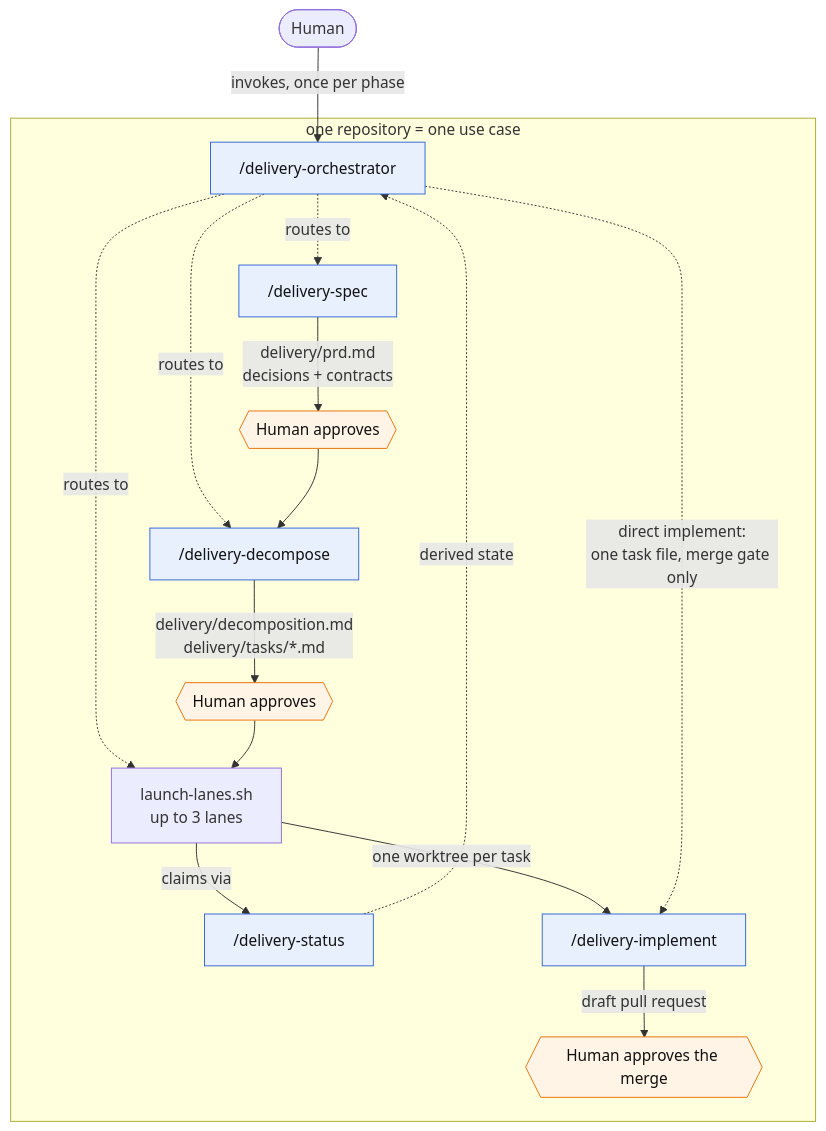
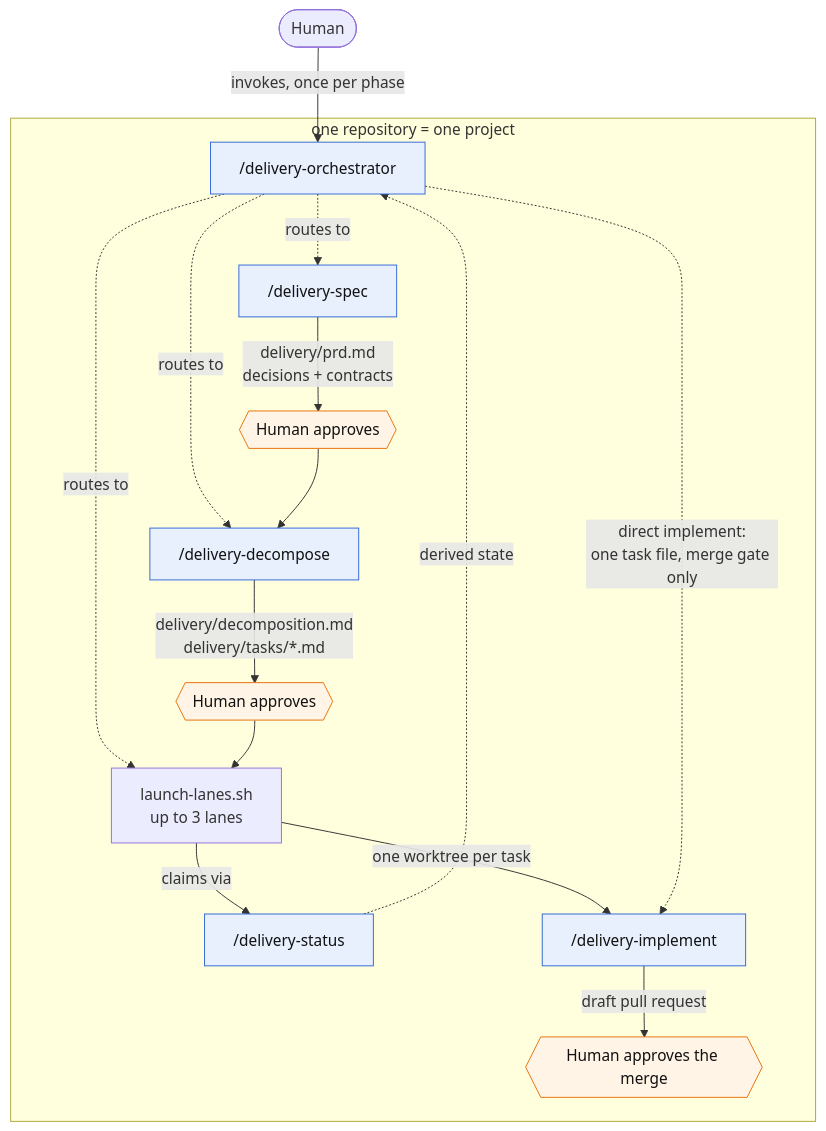
One commit to ancelin-code/delivery-kit changed the first of 3 diagrams in README.md. Above: the diagram before and after it, drawn with Mermaid. The commit also changed other lines of this file and 17 other files, not shown here.

First line of the commit message:
refactor!: call the unit of work a project, not a use case

````diff
--- a/README.md
+++ b/README.md
@@ -36,27 +36,27 @@
 ```mermaid
 flowchart TD
     H([Human]) -->|invokes, once per phase| O["/delivery-orchestrator"]
 
-    subgraph UC["one repository = one use case"]
+    subgraph PRJ["one repository = one project"]
         O -.->|routes to| SPEC["/delivery-spec"]
         O -.->|routes to| DEC["/delivery-decompose"]
         O -.->|routes to| LAUNCH["launch-lanes.sh<br/>up to 3 lanes"]
 
         SPEC -->|delivery/prd.md<br/>decisions + contracts| G1{{Human approves}}
         G1 --> DEC
         DEC -->|delivery/decomposition.md<br/>delivery/tasks/*.md| G2{{Human approves}}
         G2 --> LAUNCH
 
         LAUNCH -->|claims via| ST["/delivery-status"]
         LAUNCH -->|one worktree per task| IMP["/delivery-implement"]
         IMP -->|draft pull request| G3{{Human approves the merge}}
     end
 
     O -.->|direct implement:<br/>one task file, merge gate only| IMP
     ST -.->|derived state| O
 
     classDef skill fill:#e8f0fe,stroke:#3367d6,color:#111
     classDef gate fill:#fff4e5,stroke:#e8710a,color:#111
     class O,SPEC,DEC,IMP,ST skill
     class G1,G2,G3 gate
 ```
````
